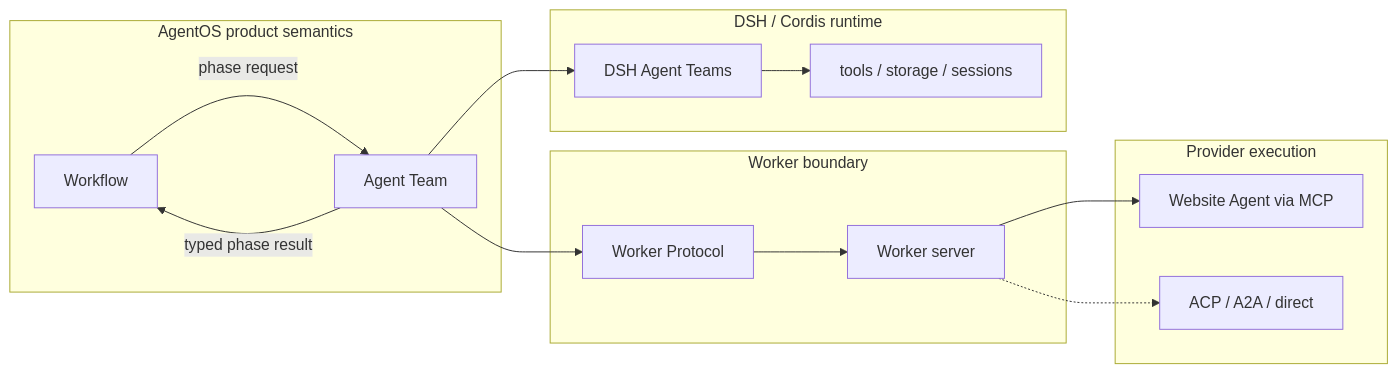
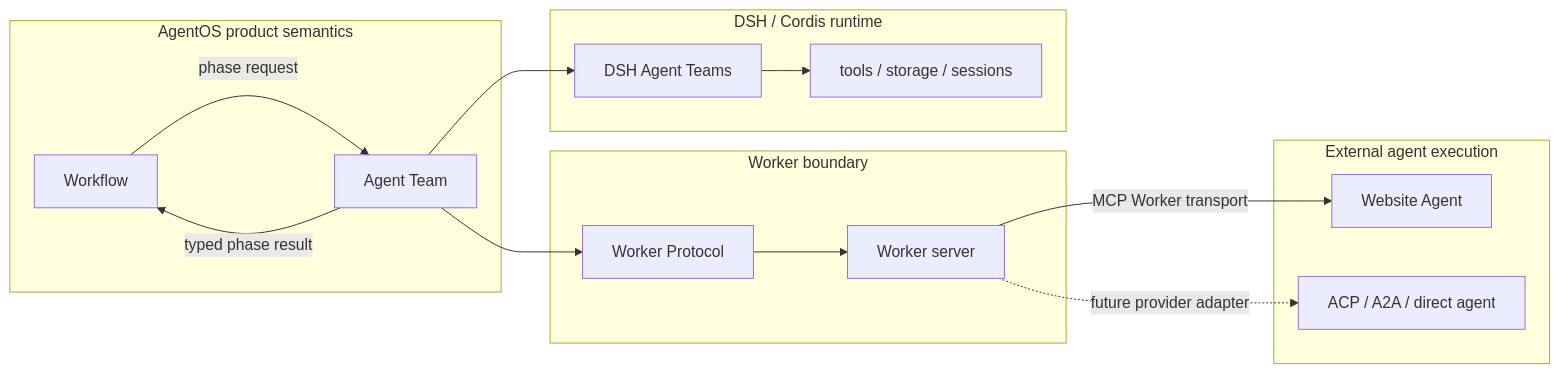
The second of 6 diagrams in docs/architecture/README.md (tsuuanmi/AgentOS), drawn with Mermaid before and after one commit. The commit also changed other lines of this file, not shown here.

Commit message:
docs: show Website Agent as architecture component

```diff
--- a/docs/architecture/README.md
+++ b/docs/architecture/README.md
@@ -65,33 +64,33 @@
 ~~~mermaid
 flowchart LR
     subgraph S["AgentOS product semantics"]
         W[Workflow]
         T[Agent Team]
     end
 
     subgraph B["Worker boundary"]
         C[Worker Protocol]
         WS[Worker server]
     end
 
     subgraph R["DSH / Cordis runtime"]
         DT[DSH Agent Teams]
         RT[tools / storage / sessions]
     end
 
-    subgraph P["Provider execution"]
-        MCP[Website Agent via MCP]
-        OTHER[ACP / A2A / direct]
+    subgraph P["External agent execution"]
+        WA[Website Agent]
+        OTHER[ACP / A2A / direct agent]
     end
 
     W -->|phase request| T
     T -->|typed phase result| W
 
     T --> DT
     T --> C
     C --> WS
 
     DT --> RT
-    WS --> MCP
-    WS -.-> OTHER
+    WS -->|MCP Worker transport| WA
+    WS -.->|future provider adapter| OTHER
 ~~~
```
